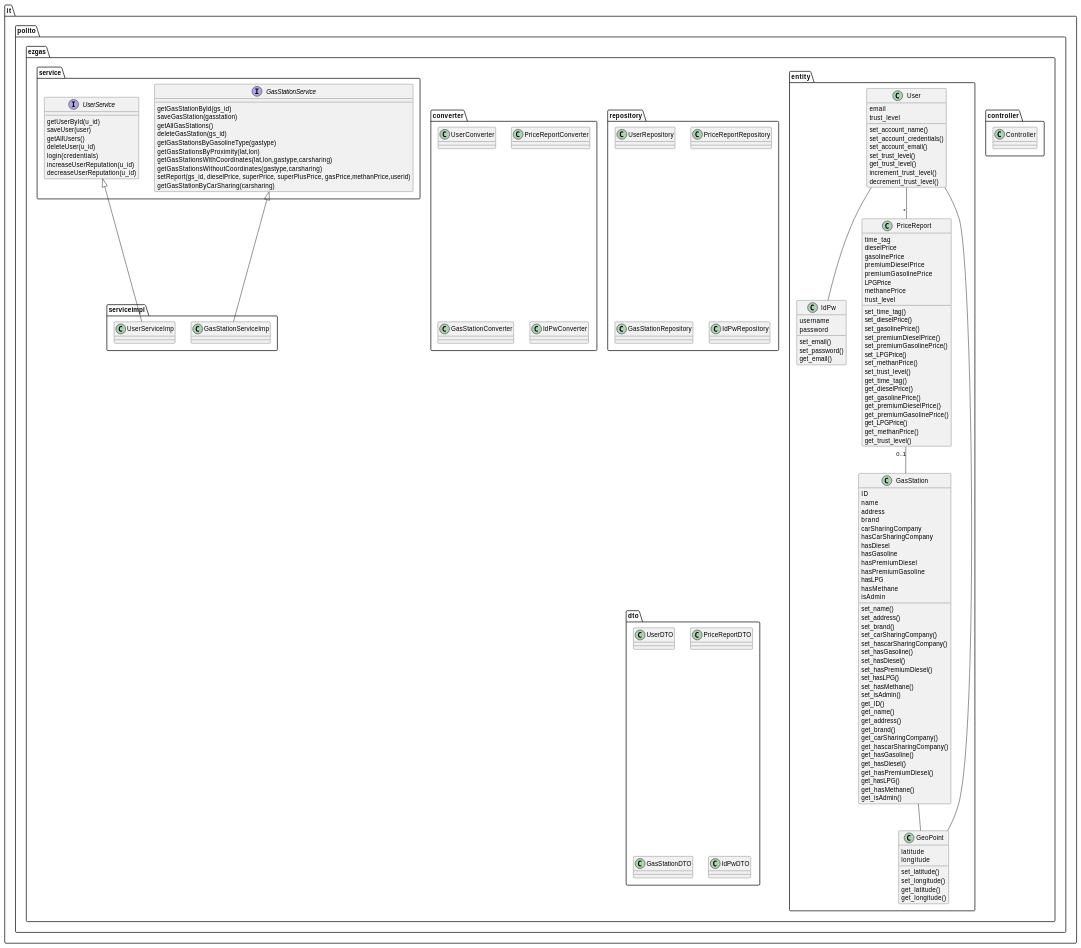
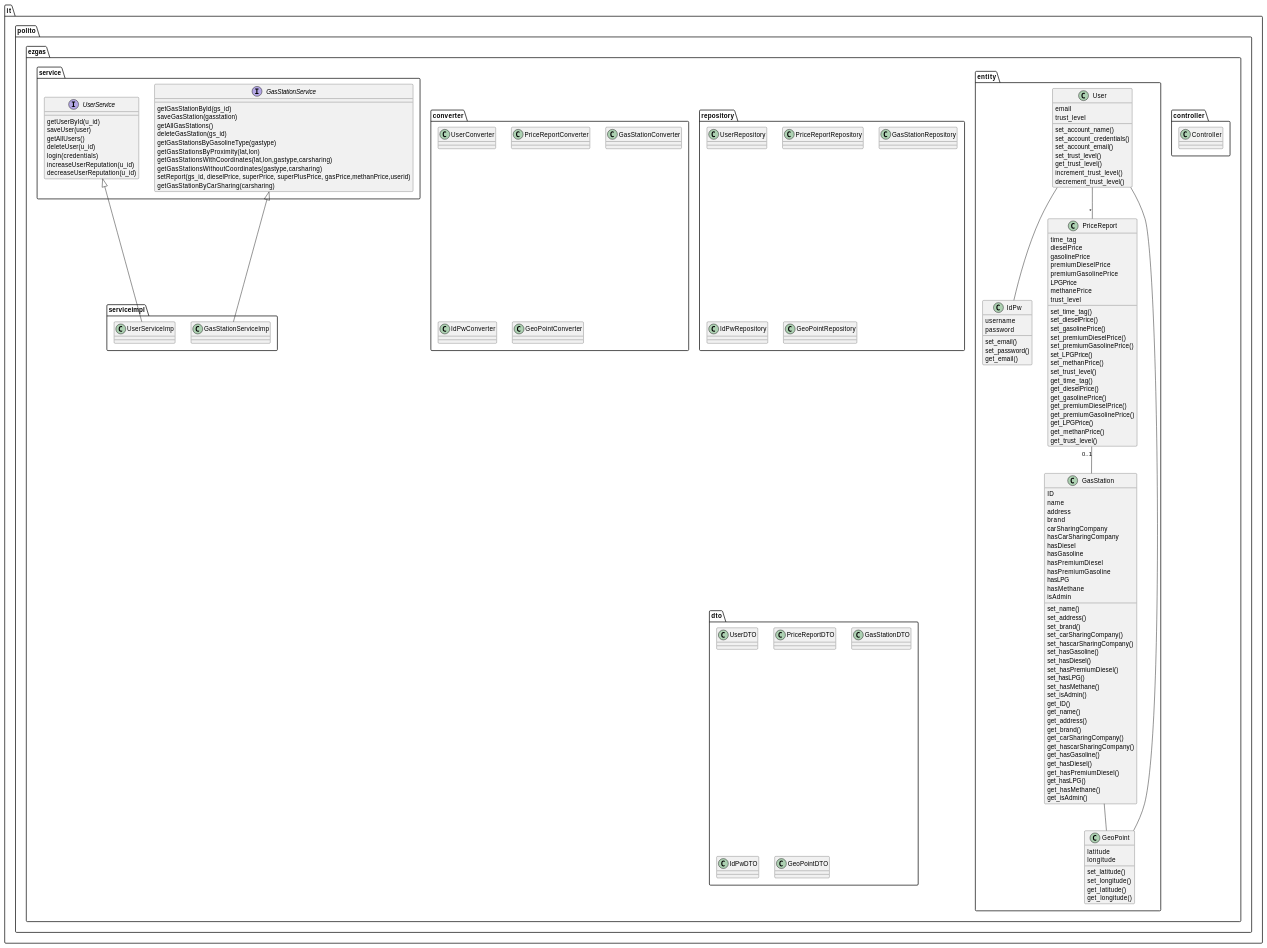
The fourth of 4 diagrams in docs/DesignDocument.md (CangaRouter/ExGas), drawn with PlantUML before and after one commit.

Commit message:
docs: small fixes on low level design

```diff
--- a/docs/DesignDocument.md
+++ b/docs/DesignDocument.md
@@ -346,6 +346,7 @@
 class PriceReportRepository{}
 class GasStationRepository{}
 class IdPwRepository{}
+class GeoPointRepository{}
 }
 
 Package it.polito.ezgas.converter{
@@ -353,6 +354,7 @@
 class PriceReportConverter{}
 class GasStationConverter{}
 class IdPwConverter{}
+class GeoPointConverter{}
 }
 
 Package it.polito.ezgas.dto{
@@ -360,6 +362,7 @@
 class PriceReportDTO{}
 class GasStationDTO{}
 class IdPwDTO{}
+class GeoPointDTO{}
 }
 
 Package it.polito.ezgas.service{
```
